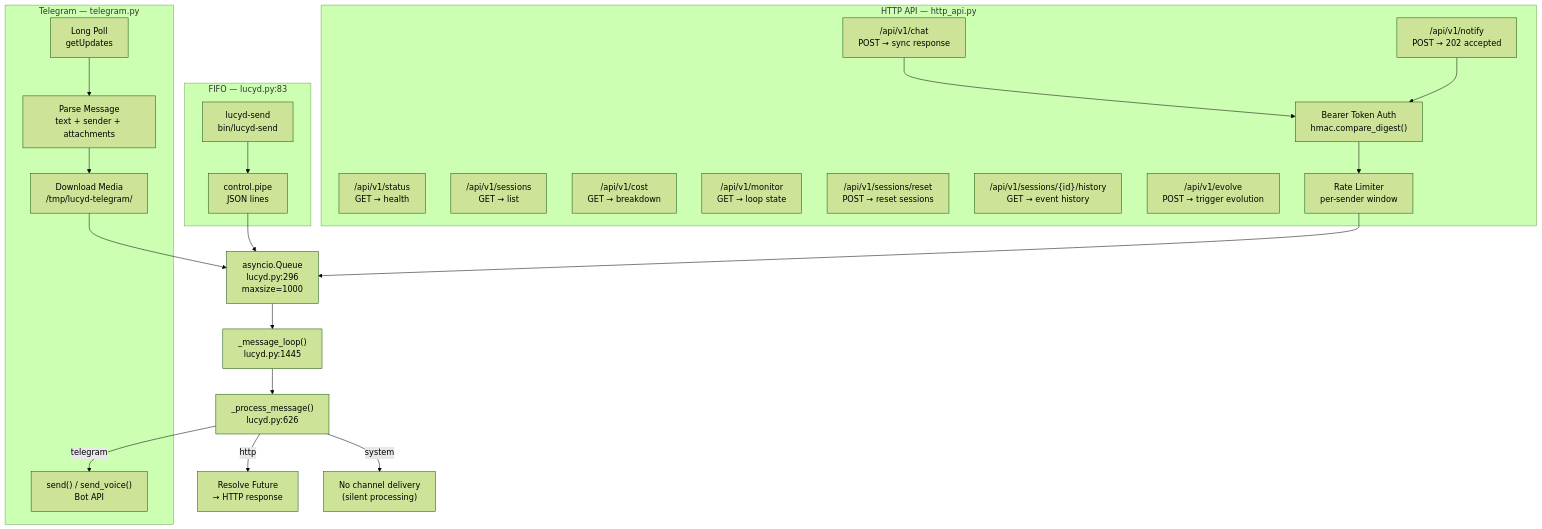
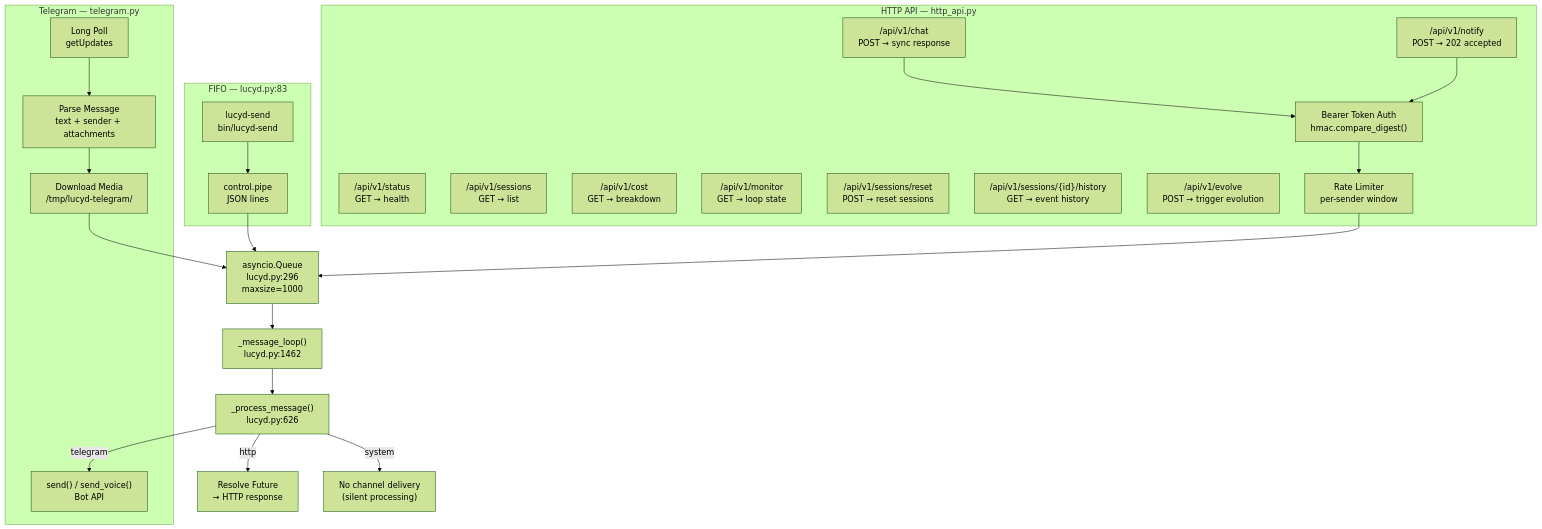
One commit to nicolasforstinger/lucyd changed the eighth of 8 diagrams in docs/diagrams.md. Above: the diagram before and after it, drawn with Mermaid (forest theme). The commit also changed other lines of this file and 23 other files, not shown here.

````diff
--- a/docs/diagrams.md
+++ b/docs/diagrams.md
@@ -315,43 +315,43 @@
 ```mermaid
 flowchart TD
     subgraph Telegram["Telegram — telegram.py"]
         POLL["Long Poll<br/>getUpdates"]
         PARSE["Parse Message<br/>text + sender + attachments"]
         DL["Download Media<br/>/tmp/lucyd-telegram/"]
         SEND_TG["send() / send_voice()<br/>Bot API"]
     end
 
     subgraph HTTP["HTTP API — http_api.py"]
         CHAT["/api/v1/chat<br/>POST → sync response"]
         NOTIFY["/api/v1/notify<br/>POST → 202 accepted"]
         STATUS["/api/v1/status<br/>GET → health"]
         SESSIONS_EP["/api/v1/sessions<br/>GET → list"]
         COST_EP["/api/v1/cost<br/>GET → breakdown"]
         MONITOR_EP["/api/v1/monitor<br/>GET → loop state"]
         RESET_EP["/api/v1/sessions/reset<br/>POST → reset sessions"]
         HISTORY_EP["/api/v1/sessions/{id}/history<br/>GET → event history"]
         EVOLVE_EP["/api/v1/evolve<br/>POST → trigger evolution"]
         AUTH["Bearer Token Auth<br/>hmac.compare_digest()"]
         RATE["Rate Limiter<br/>per-sender window"]
     end
 
     subgraph CLI["FIFO — lucyd.py:83"]
         PIPE["control.pipe<br/>JSON lines"]
         SEND_CLI["lucyd-send<br/>bin/lucyd-send"]
     end
 
     Q["asyncio.Queue<br/>lucyd.py:296<br/>maxsize=1000"]
 
     POLL --> PARSE --> DL --> Q
     SEND_CLI --> PIPE --> Q
     CHAT --> AUTH
     NOTIFY --> AUTH
     AUTH --> RATE --> Q
 
-    Q --> LOOP["_message_loop()<br/>lucyd.py:1445"]
+    Q --> LOOP["_message_loop()<br/>lucyd.py:1462"]
     LOOP --> PROCESS["_process_message()<br/>lucyd.py:626"]
 
     PROCESS -->|telegram| SEND_TG
     PROCESS -->|http| FUTURE["Resolve Future<br/>→ HTTP response"]
     PROCESS -->|system| SUPPRESS["No channel delivery<br/>(silent processing)"]
 ```
````
